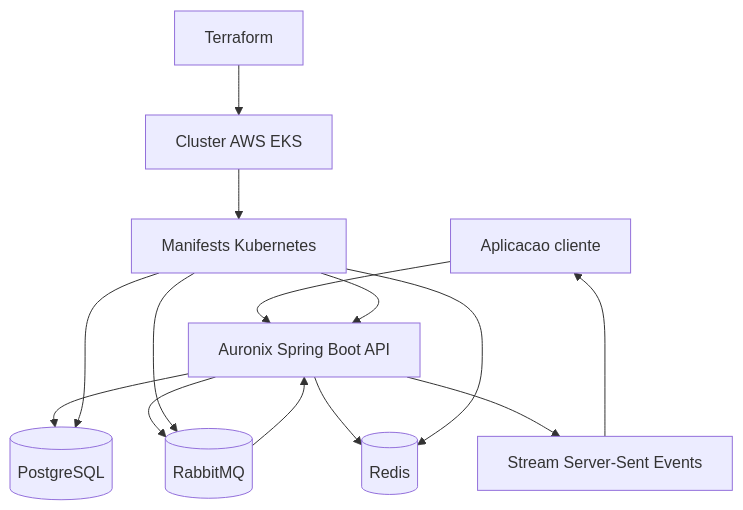
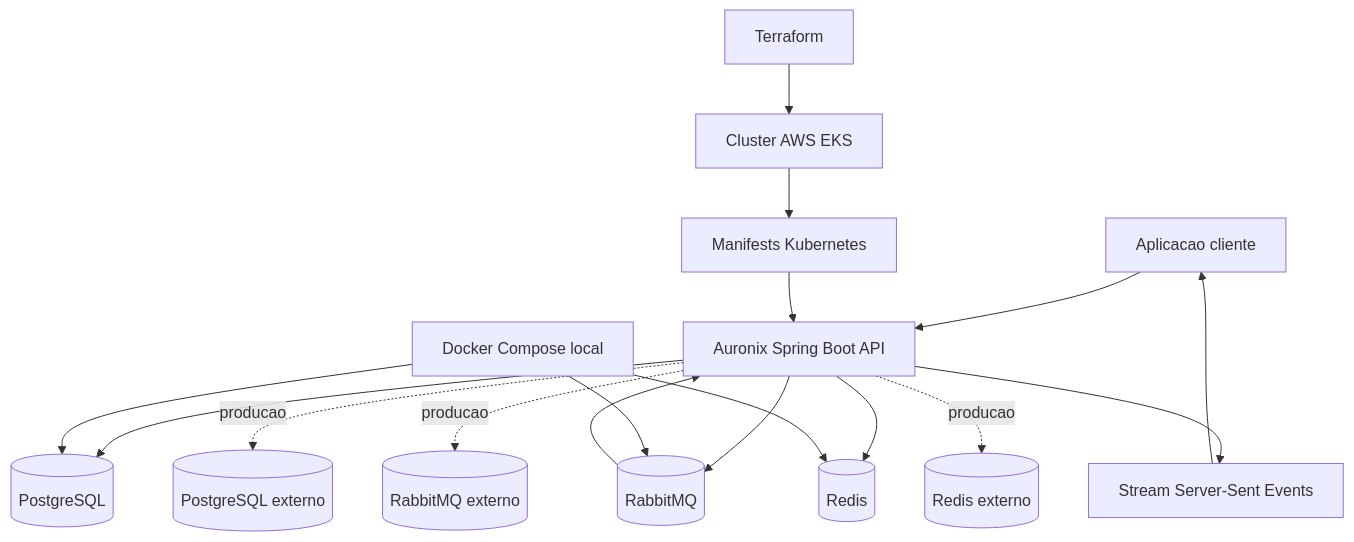
One commit to Joaopdiasventura/Auronix-server changed the diagram in README.PT.md. Above: the diagram before and after it, drawn with Mermaid. The commit also changed 4 other files, not shown here.

````diff
--- a/README.PT.md
+++ b/README.PT.md
@@ -21,16 +21,19 @@
 ```mermaid
 flowchart TD
     Client[Aplicacao cliente] --> API[Auronix Spring Boot API]
     API --> DB[(PostgreSQL)]
     API --> MQ[(RabbitMQ)]
     API --> Cache[(Redis)]
     MQ --> API
     API --> SSE[Stream Server-Sent Events]
     SSE --> Client
+    Local[Docker Compose local] --> DB
+    Local --> MQ
+    Local --> Cache
     Terraform[Terraform] --> EKS[Cluster AWS EKS]
     EKS --> K8s[Manifests Kubernetes]
     K8s --> API
-    K8s --> DB
-    K8s --> MQ
-    K8s --> Cache
+    API -. producao .-> ExternalDB[(PostgreSQL externo)]
+    API -. producao .-> ExternalMQ[(RabbitMQ externo)]
+    API -. producao .-> ExternalCache[(Redis externo)]
 ```
````
